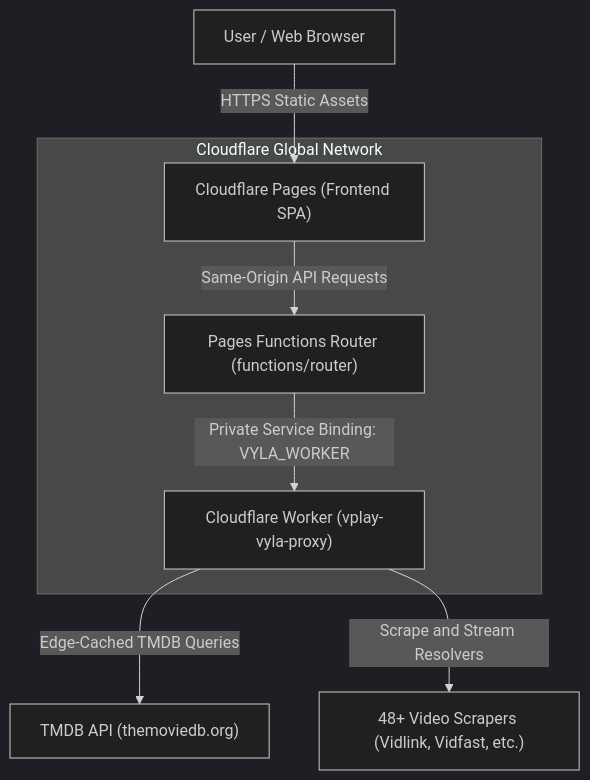
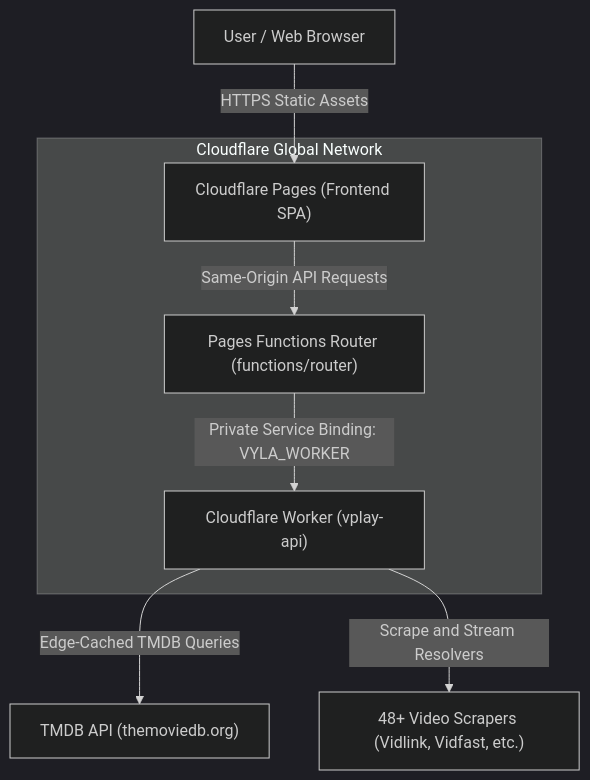
One commit to carlodandan/vi-play changed the first of 4 diagrams in docs/ARCHITECTURE.md. Above: the diagram before and after it, drawn with Mermaid (dark theme). The commit also changed other lines of this file and 5 other files, not shown here.

Commit message:
fix: renaming the API to just vplay-api from vplay-vyla-proxy

````diff
--- a/docs/ARCHITECTURE.md
+++ b/docs/ARCHITECTURE.md
@@ -21,19 +21,19 @@
 ```mermaid
 graph TD
     User["User / Web Browser"]
     
     subgraph CF ["Cloudflare Global Network"]
         Pages["Cloudflare Pages (Frontend SPA)"]
         Functions["Pages Functions Router (functions/router)"]
-        Worker["Cloudflare Worker (vplay-vyla-proxy)"]
+        Worker["Cloudflare Worker (vplay-api)"]
     end
     
     TMDB["TMDB API (themoviedb.org)"]
     Scrapers["48+ Video Scrapers (Vidlink, Vidfast, etc.)"]
     
     User -->|HTTPS Static Assets| Pages
     Pages -->|Same-Origin API Requests| Functions
     Functions -->|Private Service Binding: VYLA_WORKER| Worker
     Worker -->|Edge-Cached TMDB Queries| TMDB
     Worker -->|Scrape and Stream Resolvers| Scrapers
 ```
````
